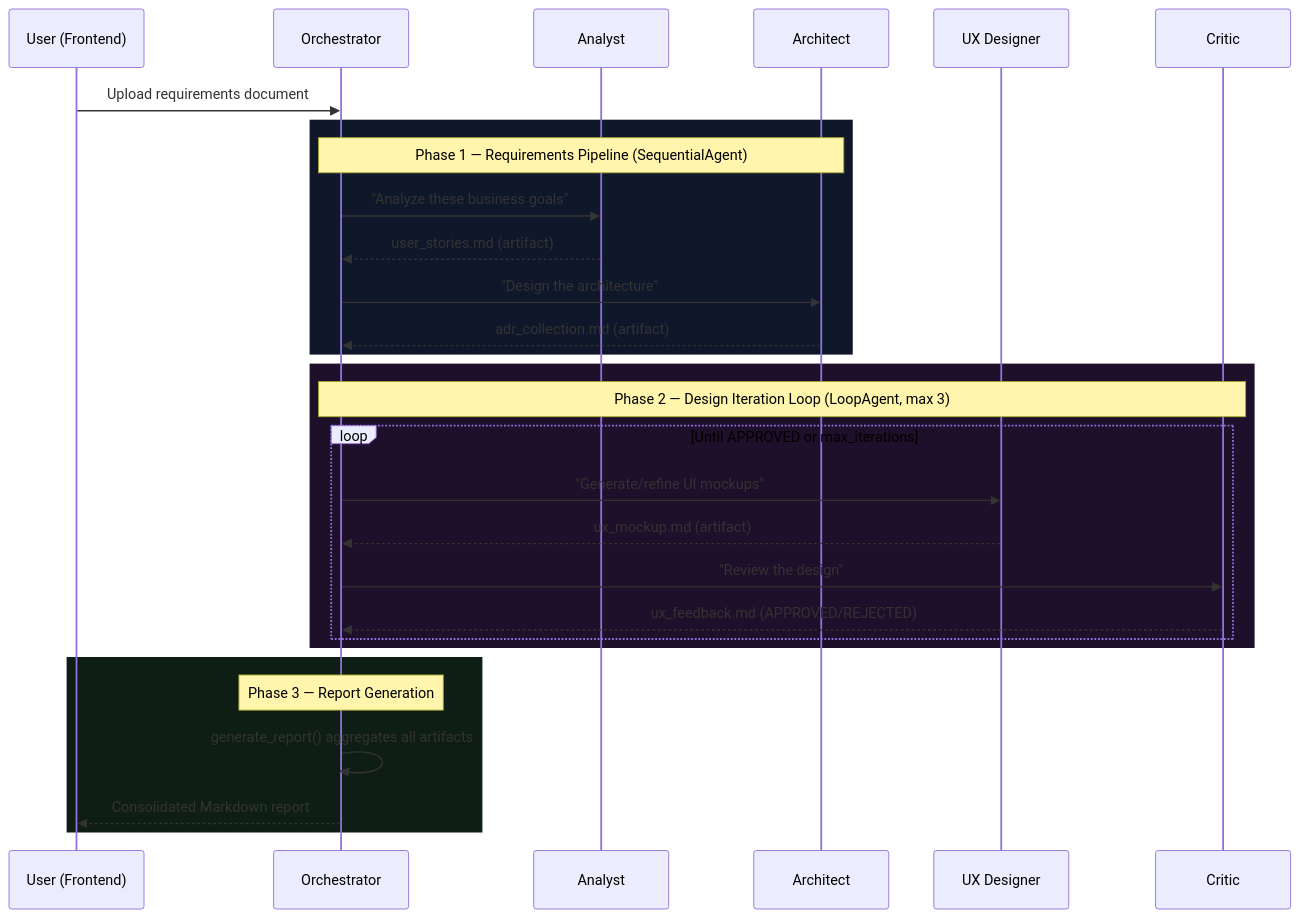
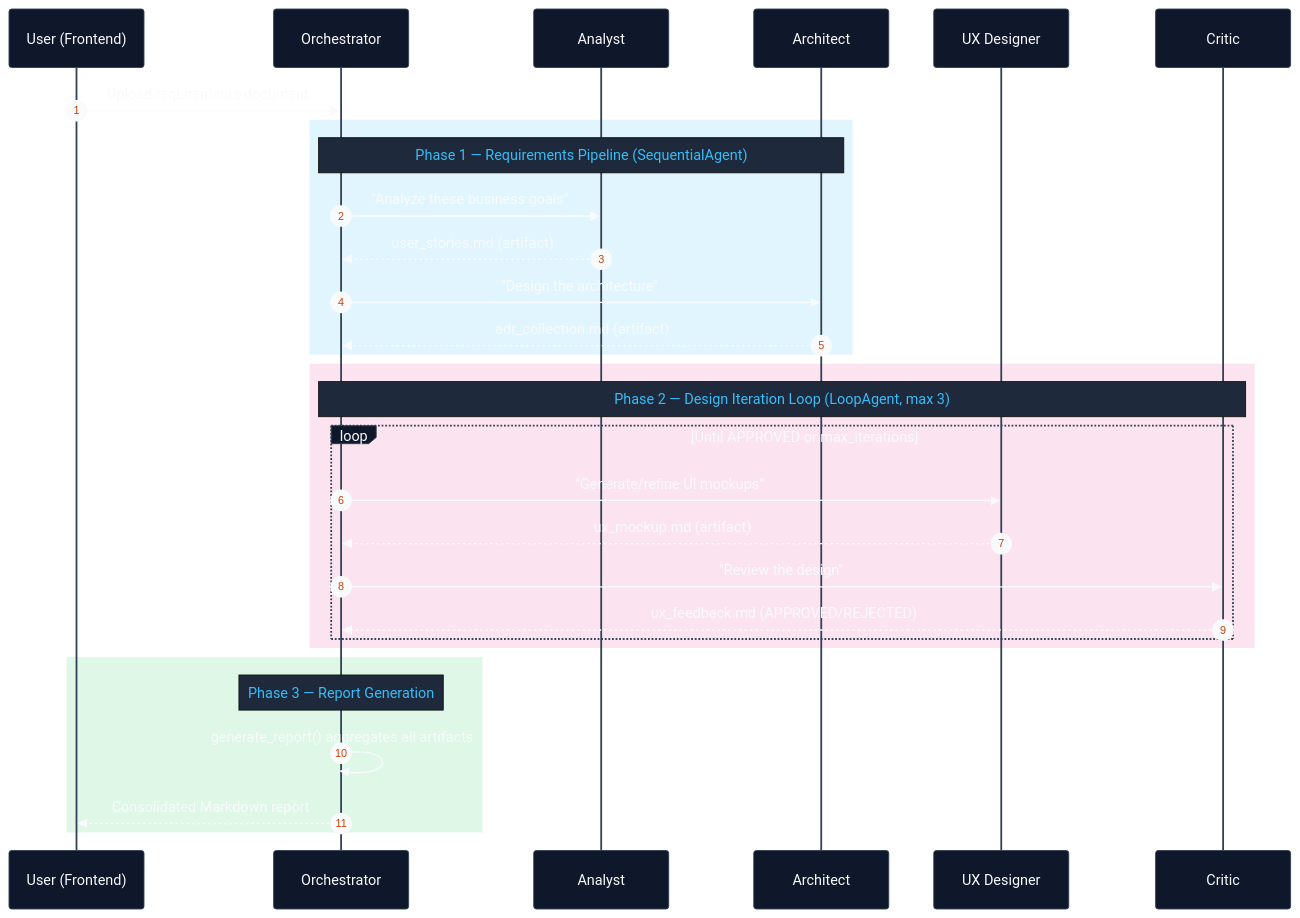
Before and after one commit to jggomez/multi-agents-product-architect-creator: the second of 3 diagrams in README.md, drawn with Mermaid. The commit also changed other lines of this file and 14 other files, not shown here.

````diff
--- a/README.md
+++ b/README.md
@@ -116,35 +119,37 @@
 ```mermaid
+%%{init: {'theme': 'base', 'themeVariables': { 'primaryColor': '#1e293b', 'primaryTextColor': '#f8fafc', 'primaryBorderColor': '#334155', 'lineColor': '#38bdf8', 'secondaryColor': '#0f172a', 'tertiaryColor': '#1e293b', 'noteBkgColor': '#1e293b', 'noteTextColor': '#38bdf8', 'actorBkg': '#0f172a', 'actorBorder': '#334155', 'actorTextColor': '#f8fafc' }}}%%
 sequenceDiagram
+    autonumber
     participant U as User (Frontend)
     participant O as Orchestrator
     participant AN as Analyst
     participant AR as Architect
     participant UX as UX Designer
     participant CR as Critic
 
     U->>O: Upload requirements document
     
-    rect rgb(15, 23, 42)
+    rect rgba(56, 189, 248, 0.15)
         Note over O,AR: Phase 1 — Requirements Pipeline (SequentialAgent)
         O->>AN: "Analyze these business goals"
         AN-->>O: user_stories.md (artifact)
         O->>AR: "Design the architecture"
         AR-->>O: adr_collection.md (artifact)
     end
     
-    rect rgb(30, 15, 42)
+    rect rgba(236, 72, 153, 0.15)
         Note over O,CR: Phase 2 — Design Iteration Loop (LoopAgent, max 3)
         loop Until APPROVED or max_iterations
             O->>UX: "Generate/refine UI mockups"
             UX-->>O: ux_mockup.md (artifact)
             O->>CR: "Review the design"
             CR-->>O: ux_feedback.md (APPROVED/REJECTED)
         end
     end
 
-    rect rgb(15, 30, 20)
+    rect rgba(34, 197, 94, 0.15)
         Note over O: Phase 3 — Report Generation
         O->>O: generate_report() aggregates all artifacts
         O-->>U: Consolidated Markdown report
     end
 ```
````
